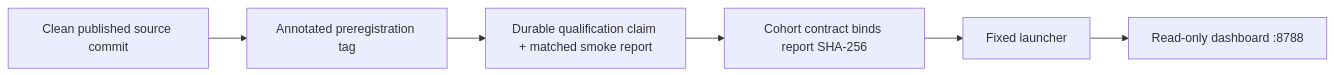
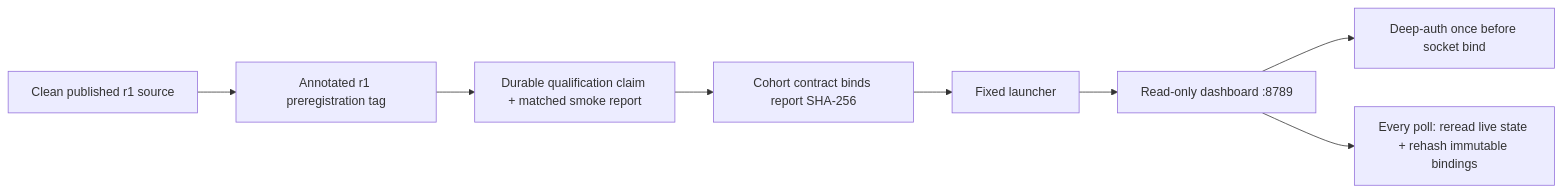
Before and after one commit to PeteAndrews1289/dungeon-apprentice: the sixth of 6 diagrams in docs/architecture.md, drawn with Mermaid. The commit also changed other lines of this file and 20 other files, not shown here.

````diff
--- a/docs/architecture.md
+++ b/docs/architecture.md
@@ -247,8 +252,10 @@
 ```mermaid
 flowchart LR
-    C["Clean published source commit"] --> T["Annotated preregistration tag"]
+    C["Clean published r1 source"] --> T["Annotated r1 preregistration tag"]
     T --> Q["Durable qualification claim + matched smoke report"]
     Q --> M["Cohort contract binds report SHA-256"]
     M --> L["Fixed launcher"]
-    L --> D["Read-only dashboard :8788"]
+    L --> D["Read-only dashboard :8789"]
+    D --> A["Deep-auth once before socket bind"]
+    D --> P["Every poll: reread live state + rehash immutable bindings"]
 ```
````
